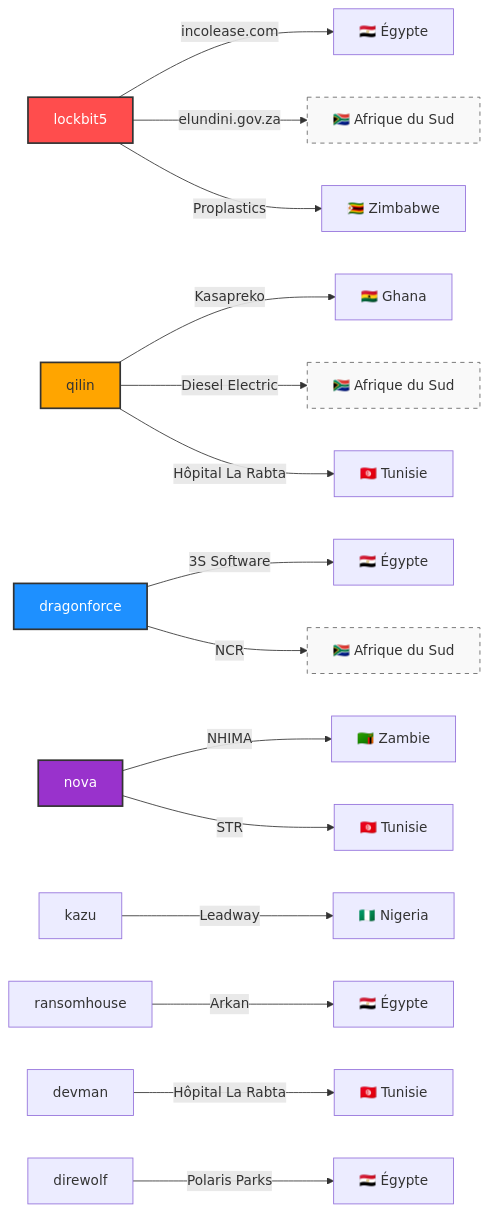
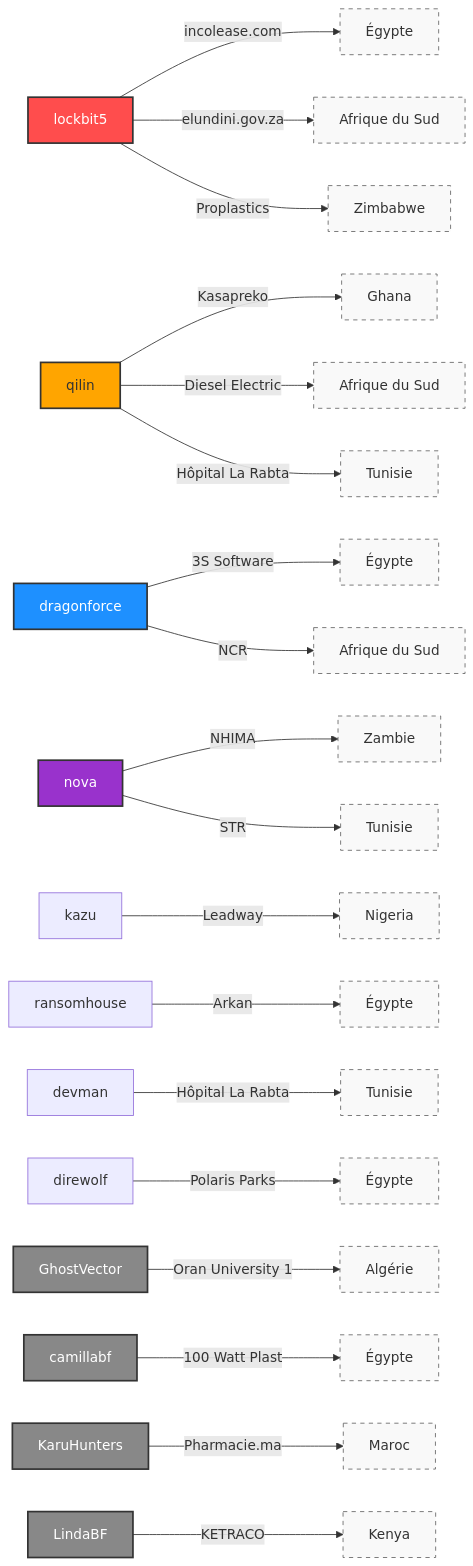
One commit to Hatchepsoute/AFRINTEL changed the third of 3 diagrams in CyberAttackAfrica/2025/12-december/README_FR.md. Above: the diagram before and after it, drawn with Mermaid. The commit also changed other lines of this file and 255 other files, not shown here.

````diff
--- a/CyberAttackAfrica/2025/12-december/README_FR.md
+++ b/CyberAttackAfrica/2025/12-december/README_FR.md
@@ -118,27 +143,35 @@
 ```mermaid
 graph LR
-    lockbit5 -->|incolease.com| EG1["🇪🇬 Égypte"]
-    lockbit5 -->|elundini.gov.za| SA1["🇿🇦 Afrique du Sud"]
-    lockbit5 -->|Proplastics| ZW["🇿🇼 Zimbabwe"]
-    qilin -->|Kasapreko| GH["🇬🇭 Ghana"]
-    qilin -->|Diesel Electric| SA2["🇿🇦 Afrique du Sud"]
-    qilin -->|Hôpital La Rabta| TN1["🇹🇳 Tunisie"]
-    dragonforce -->|3S Software| EG2["🇪🇬 Égypte"]
-    dragonforce -->|NCR| SA3["🇿🇦 Afrique du Sud"]
-    nova -->|NHIMA| ZM["🇿🇲 Zambie"]
-    nova -->|STR| TN2["🇹🇳 Tunisie"]
-    kazu -->|Leadway| NG["🇳🇬 Nigeria"]
-    ransomhouse -->|Arkan| EG3["🇪🇬 Égypte"]
-    devman -->|Hôpital La Rabta| TN3["🇹🇳 Tunisie"]
-    direwolf -->|Polaris Parks| EG4["🇪🇬 Égypte"]
+    lockbit5 -->|incolease.com| EG1["Égypte"]
+    lockbit5 -->|elundini.gov.za| SA1["Afrique du Sud"]
+    lockbit5 -->|Proplastics| ZW["Zimbabwe"]
+    qilin -->|Kasapreko| GH["Ghana"]
+    qilin -->|Diesel Electric| SA2["Afrique du Sud"]
+    qilin -->|Hôpital La Rabta| TN1["Tunisie"]
+    dragonforce -->|3S Software| EG2["Égypte"]
+    dragonforce -->|NCR| SA3["Afrique du Sud"]
+    nova -->|NHIMA| ZM["Zambie"]
+    nova -->|STR| TN2["Tunisie"]
+    kazu -->|Leadway| NG["Nigeria"]
+    ransomhouse -->|Arkan| EG3["Égypte"]
+    devman -->|Hôpital La Rabta| TN3["Tunisie"]
+    direwolf -->|Polaris Parks| EG4["Égypte"]
+    GhostVector -->|Oran University 1| DZ["Algérie"]
+    camillabf -->|100 Watt Plast| EG5["Égypte"]
+    KaruHunters -->|Pharmacie.ma| MA1["Maroc"]
+    LindaBF -->|KETRACO| KE["Kenya"]
 
     %% Styles et Couleurs
     style lockbit5 fill:#ff4d4d,stroke:#333,stroke-width:2px,color:#fff
     style qilin fill:#ffa500,stroke:#333,stroke-width:2px
     style dragonforce fill:#1e90ff,stroke:#333,stroke-width:2px,color:#fff
     style nova fill:#9932cc,stroke:#333,stroke-width:2px,color:#fff
-    
+    style GhostVector fill:#888,stroke:#333,stroke-width:2px,color:#fff
+    style camillabf fill:#888,stroke:#333,stroke-width:2px,color:#fff
+    style KaruHunters fill:#888,stroke:#333,stroke-width:2px,color:#fff
+    style LindaBF fill:#888,stroke:#333,stroke-width:2px,color:#fff
+
     %% Style des pays
     classDef country fill:#f9f9f9,stroke:#666,stroke-dasharray: 5 5
-    class Egypt1,Egypt2,Egypt3,Egypt4,Zambia,SA1,SA2,SA3,Nigeria,Tunisia1,Tunisia2,Tunisia3,Zimbabwe,Ghana country
+    class EG1,EG2,EG3,EG4,EG5,SA1,SA2,SA3,ZM,NG,TN1,TN2,TN3,ZW,GH,MA1,DZ,KE country
 ```
````
